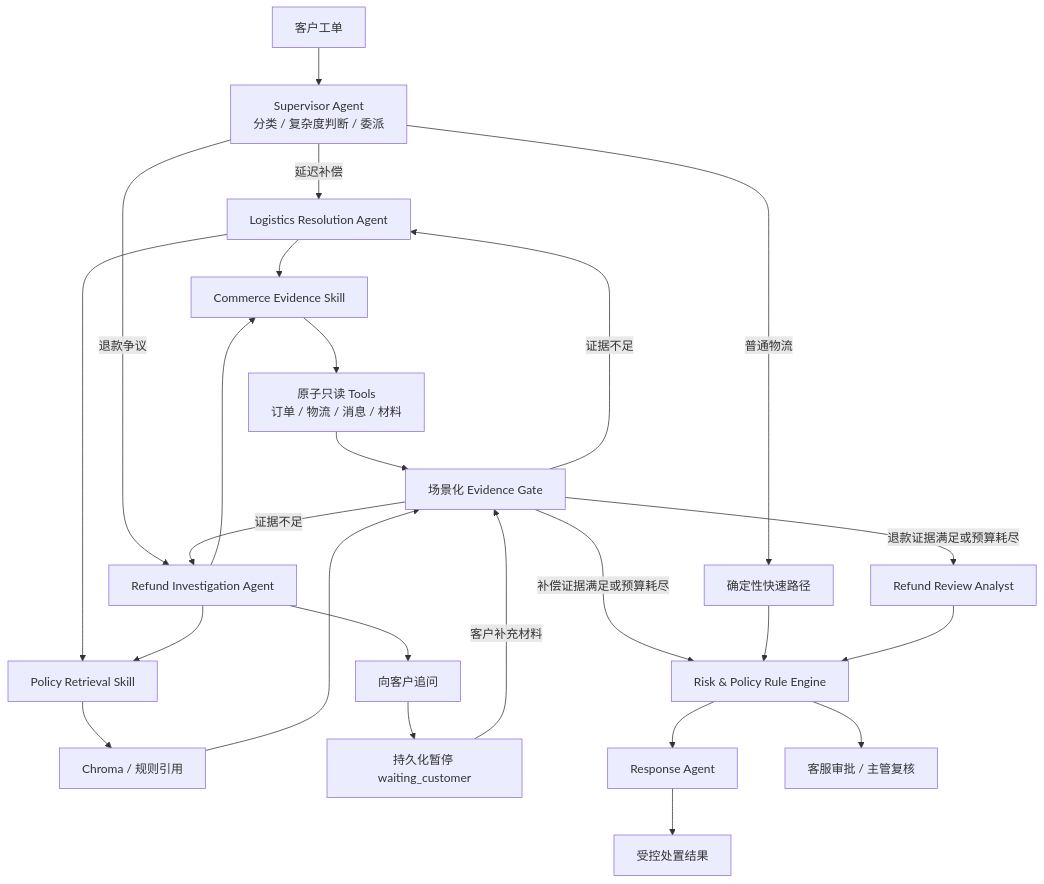
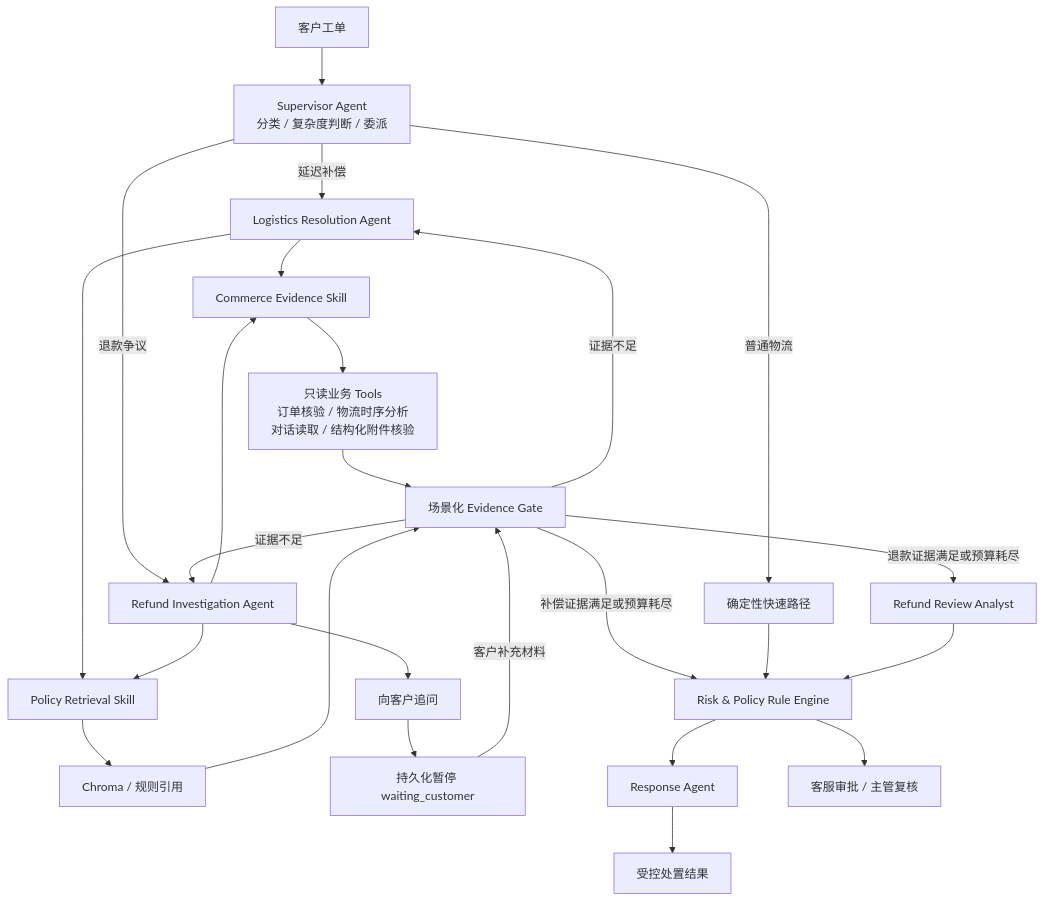
The diagram in README.md (Heaven12499/resolve-flow), drawn with Mermaid before and after one commit. The commit also changed other lines of this file and 17 other files, not shown here.

````diff
--- a/README.md
+++ b/README.md
@@ -19,27 +19,27 @@
 ```mermaid
 flowchart TD
     Ticket[客户工单] --> Supervisor[Supervisor Agent<br/>分类 / 复杂度判断 / 委派]
     Supervisor -->|普通物流| Fast[确定性快速路径]
     Supervisor -->|延迟补偿| Logistics[Logistics Resolution Agent]
     Supervisor -->|退款争议| Refund[Refund Investigation Agent]
     Logistics --> Commerce[Commerce Evidence Skill]
     Logistics --> Policy[Policy Retrieval Skill]
     Refund --> Commerce
     Refund --> Policy
-    Commerce --> Tools[原子只读 Tools<br/>订单 / 物流 / 消息 / 材料]
+    Commerce --> Tools[只读业务 Tools<br/>订单核验 / 物流时序分析<br/>对话读取 / 结构化附件核验]
     Policy --> Vector[Chroma / 规则引用]
     Tools --> Gate[场景化 Evidence Gate]
     Vector --> Gate
     Gate -->|证据不足| Logistics
     Gate -->|证据不足| Refund
     Refund --> Ask[向客户追问]
     Ask --> Wait[持久化暂停 waiting_customer]
     Wait -->|客户补充材料| Gate
     Gate -->|退款证据满足或预算耗尽| Analyst[Refund Review Analyst]
     Gate -->|补偿证据满足或预算耗尽| Risk[Risk & Policy Rule Engine]
     Fast --> Risk
     Analyst --> Risk
     Risk --> Reply[Response Agent]
     Risk --> Approval[客服审批 / 主管复核]
     Reply --> Result[受控处置结果]
 ```
````
